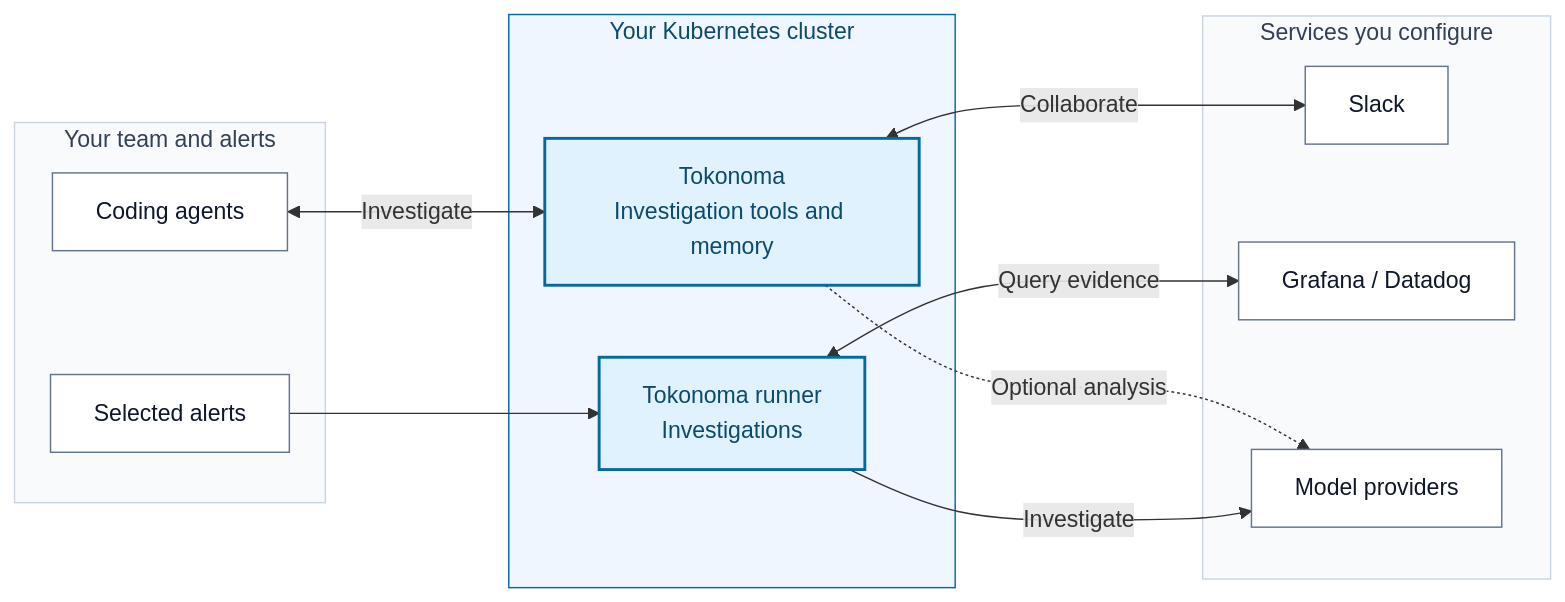
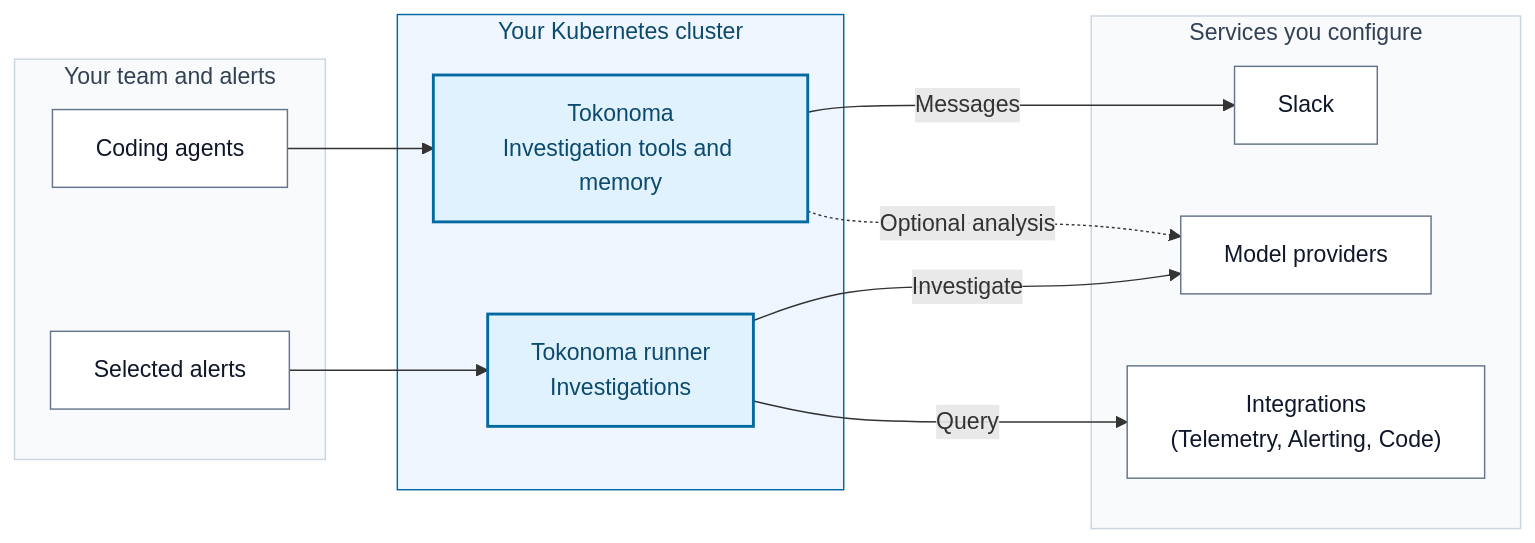
The diagram in README.md (tokonoma-ai/tokonoma-docs), drawn with Mermaid before and after one commit. The commit also changed other lines of this file, not shown here.

Commit message:
docs: simplify overview diagram connections

````diff
--- a/README.md
+++ b/README.md
@@ -7,32 +7,32 @@
 ```mermaid
 flowchart LR
   accTitle: Tokonoma in your environment
-  accDescr: Coding agents connect to Tokonoma, and selected alerts reach the required Tokonoma runner. Both run in your Kubernetes cluster. Tokonoma connects to Slack and optional model features. The runner queries configured observability tools and its model provider. This is a capability overview, not a map of internal services.
+  accDescr: Coding agents connect to Tokonoma, and selected alerts reach the required Tokonoma runner. Both run in your Kubernetes cluster. Tokonoma connects to Slack and optional model features. The runner calls its model provider and configured telemetry, alerting, and code integrations. Arrows show who opens each connection. This is a capability overview, not a map of internal services.
   subgraph Inputs["Your team and alerts"]
     Agents["Coding agents"]
     Alerts["Selected alerts"]
   end
   subgraph Cluster["Your Kubernetes cluster"]
     Tokonoma["Tokonoma<br/>Investigation tools and memory"]
     Runner["Tokonoma runner<br/>Investigations"]
   end
   subgraph Connections["Services you configure"]
     Slack["Slack"]
-    Tools["Grafana / Datadog"]
     Models["Model providers"]
+    Tools["Integrations<br/>(Telemetry, Alerting, Code)"]
   end
-  Agents <-->|"Investigate"| Tokonoma
+  Agents --> Tokonoma
   Alerts --> Runner
-  Tokonoma <-->|"Collaborate"| Slack
-  Runner <-->|"Query evidence"| Tools
+  Tokonoma -->|"Messages"| Slack
   Tokonoma -.->|"Optional analysis"| Models
   Runner -->|"Investigate"| Models
+  Runner -->|"Query"| Tools
 
   classDef service fill:#e0f2fe,stroke:#0369a1,color:#0c4a6e,stroke-width:2px
   classDef external fill:#fff,stroke:#64748b,color:#0f172a
   class Tokonoma,Runner service
   class Agents,Alerts,Slack,Tools,Models external
   style Cluster fill:#eff6ff,stroke:#0369a1,color:#0c4a6e
   style Inputs fill:#f8fafc,stroke:#cbd5e1,color:#334155
   style Connections fill:#f8fafc,stroke:#cbd5e1,color:#334155
 ```
````
